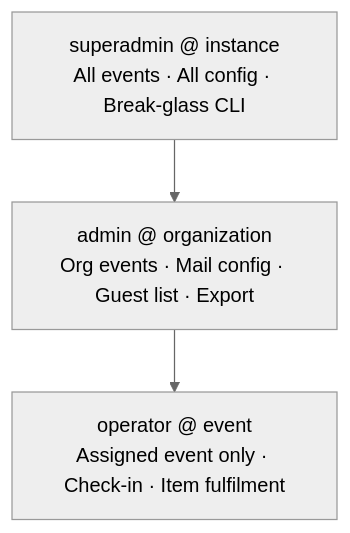
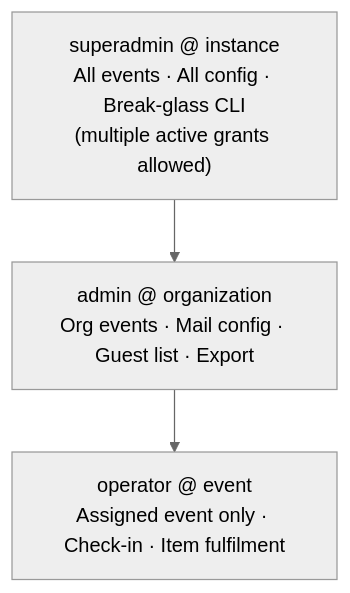
Before and after one commit to solarssk/admitto: the diagram in docs/SECURITY-CONTROLS.md, drawn with Mermaid (neutral theme). The commit also changed other lines of this file and 1 other file, not shown here.

First line of the commit message:
docs: superadmin runbook for multiple instance admins (v0.4.10) (#211)

````diff
--- a/docs/SECURITY-CONTROLS.md
+++ b/docs/SECURITY-CONTROLS.md
@@ -44,7 +44,7 @@
 ```mermaid
 flowchart TB
-    SA["superadmin @ instance\nAll events · All config · Break-glass CLI"]
+    SA["superadmin @ instance\nAll events · All config · Break-glass CLI\n(multiple active grants allowed)"]
     A["admin @ organization\nOrg events · Mail config · Guest list · Export"]
     O["operator @ event\nAssigned event only · Check-in · Item fulfilment"]
     SA --> A --> O
 ```
````
